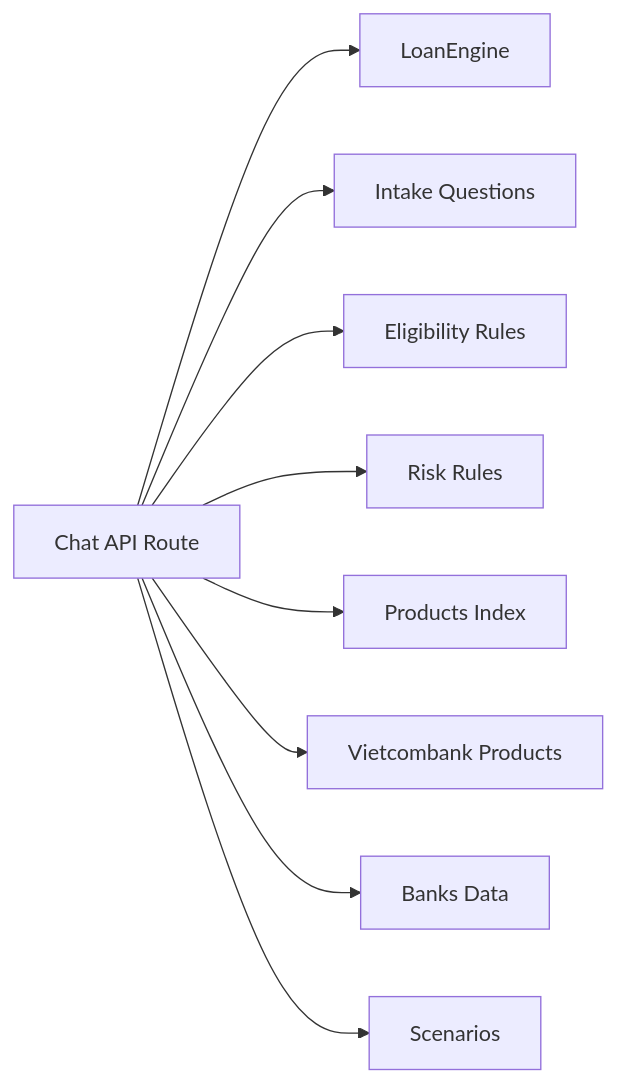
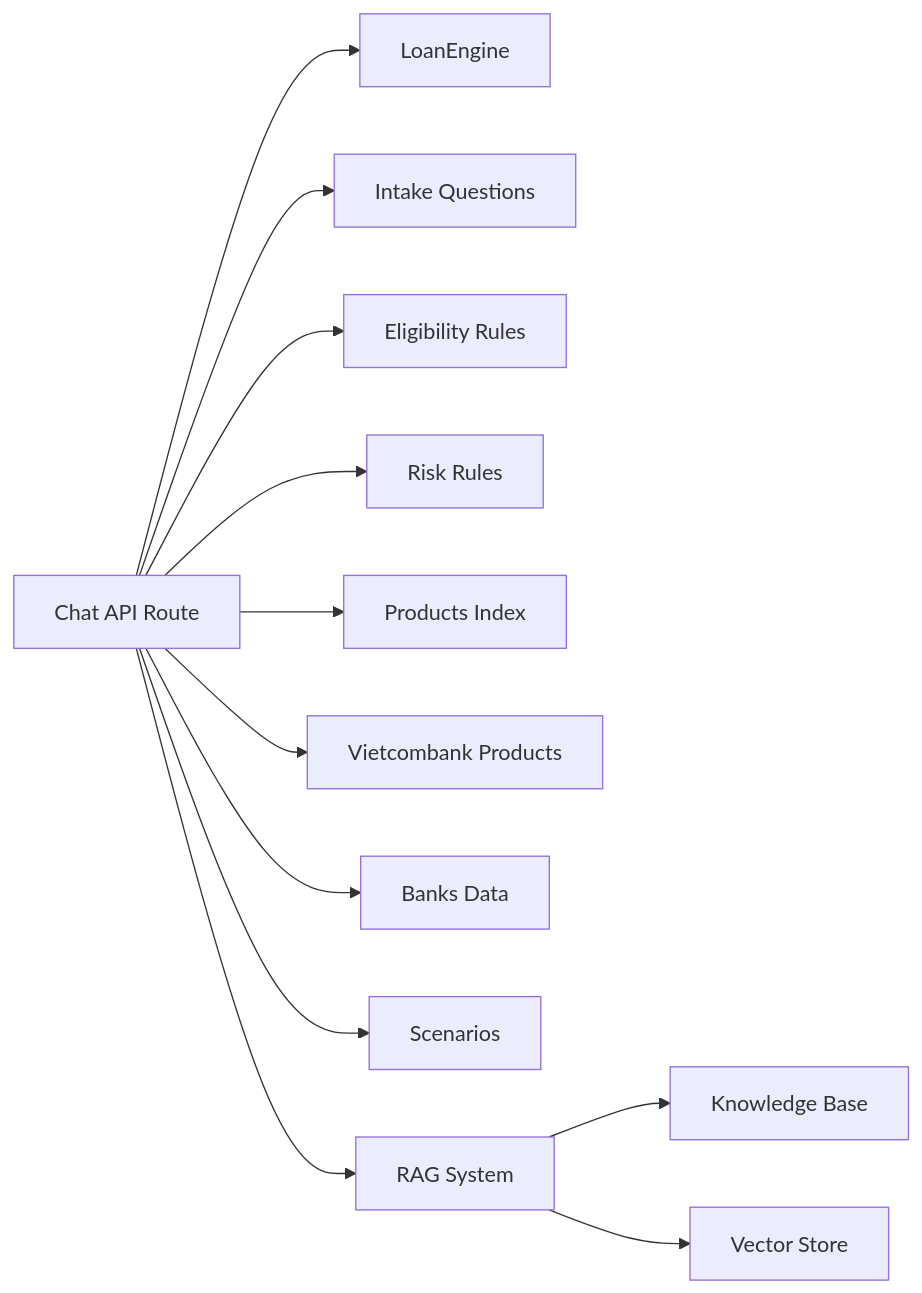
One commit to alibaba-hackathon-fsi/frontend-vaya changed the sixth of 6 diagrams in .qoder/repowiki/en/content/Chat Interface/Chat Interface.md. Above: the diagram before and after it, drawn with Mermaid. The commit also changed other lines of this file and 77 other files, not shown here.

````diff
--- a/.qoder/repowiki/en/content/Chat Interface/Chat Interface.md
+++ b/.qoder/repowiki/en/content/Chat Interface/Chat Interface.md
@@ -237,11 +347,14 @@
 ```mermaid
 graph LR
 ChatAPI["Chat API Route"] --> LoanEngine
 ChatAPI --> IntakeQ["Intake Questions"]
 ChatAPI --> Eligibility["Eligibility Rules"]
 ChatAPI --> RiskRules["Risk Rules"]
 ChatAPI --> Products["Products Index"]
 ChatAPI --> Vietcombank["Vietcombank Products"]
 ChatAPI --> Banks["Banks Data"]
 ChatAPI --> Scenarios["Scenarios"]
+ChatAPI --> RAGSystem["RAG System"]
+RAGSystem --> KnowledgeBase["Knowledge Base"]
+RAGSystem --> VectorStore["Vector Store"]
 ```
````
